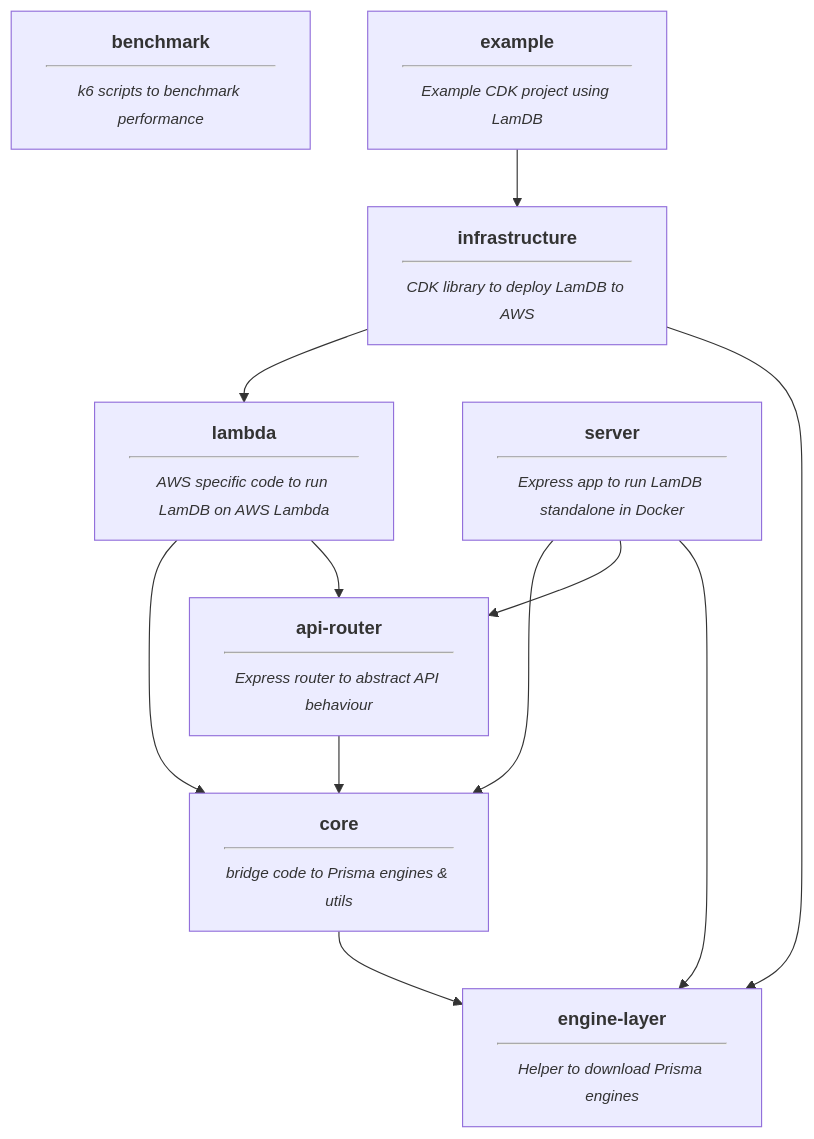
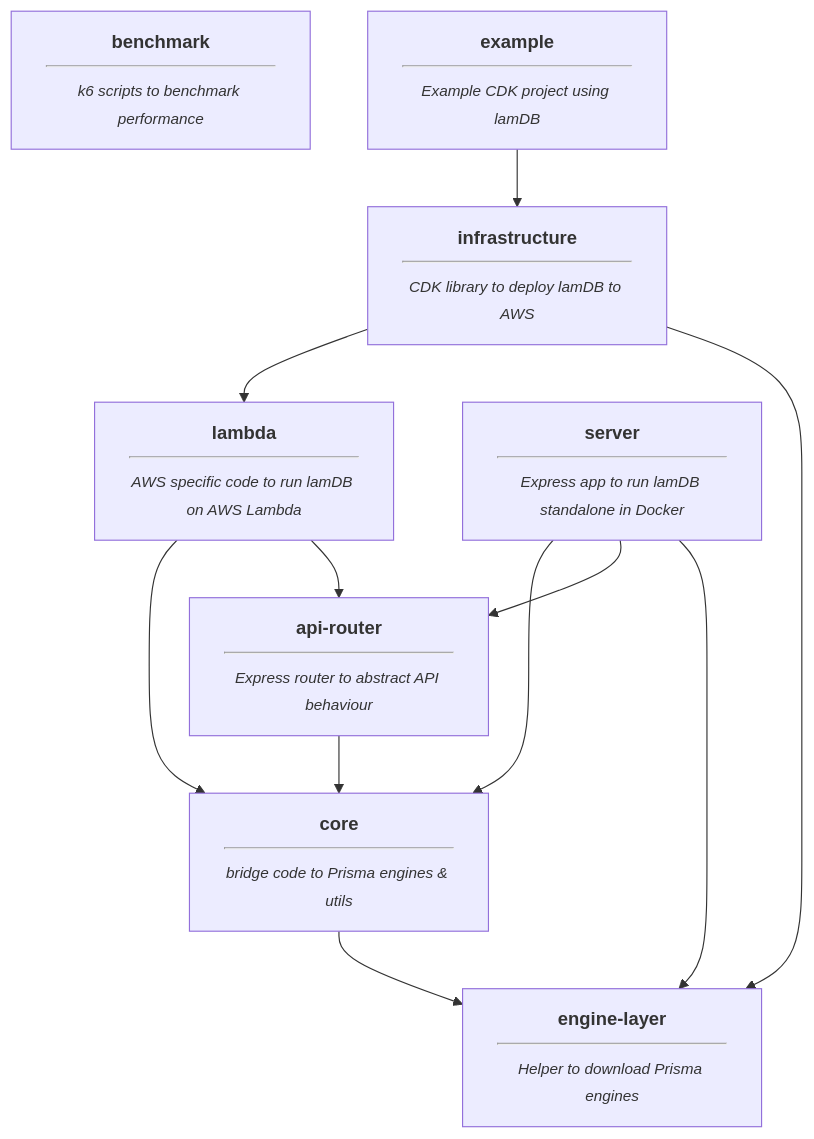
One commit to KennethWussmann/lamDB changed the diagram in docs/packages.md. Above: the diagram before and after it, drawn with Mermaid. The commit also changed other lines of this file and 36 other files, not shown here.

````diff
--- a/docs/packages.md
+++ b/docs/packages.md
@@ -6,14 +6,14 @@
 ```mermaid
 graph
-    Lambda[<b>lambda</b><br/><hr/><small><i>AWS specific code to run LamDB on AWS Lambda<i/></small>] --> Core[<b>core</b><br/><hr/><small><i>bridge code to Prisma engines & utils<i/></small>]
-    Server[<b>server</b><br/><hr/><small><i>Express app to run LamDB standalone in Docker<i/></small>] --> Core
-    Infrastructure[<b>infrastructure</b><br/><hr/><small><i>CDK library to deploy LamDB to AWS<i/></small>] --> Lambda
+    Lambda[<b>lambda</b><br/><hr/><small><i>AWS specific code to run lamDB on AWS Lambda<i/></small>] --> Core[<b>core</b><br/><hr/><small><i>bridge code to Prisma engines & utils<i/></small>]
+    Server[<b>server</b><br/><hr/><small><i>Express app to run lamDB standalone in Docker<i/></small>] --> Core
+    Infrastructure[<b>infrastructure</b><br/><hr/><small><i>CDK library to deploy lamDB to AWS<i/></small>] --> Lambda
     APIRouter[<b>api-router</b><br/><hr/><small><i>Express router to abstract API behaviour<i/></small>] --> Core
     Lambda --> APIRouter
     Server --> APIRouter
     Core --> EngineLayer[<b>engine-layer</b><br/><hr/><small><i>Helper to download Prisma engines<i/></small>]
     Infrastructure --> EngineLayer
     Server --> EngineLayer
     Benchmark[<b>benchmark</b><br/><hr/><small><i>k6 scripts to benchmark performance<i/></small>]
-    Example[<b>example</b><br/><hr/><small><i>Example CDK project using LamDB<i/></small>] --> Infrastructure
+    Example[<b>example</b><br/><hr/><small><i>Example CDK project using lamDB<i/></small>] --> Infrastructure
 ```
````
